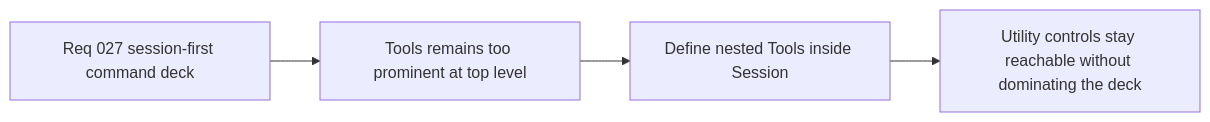
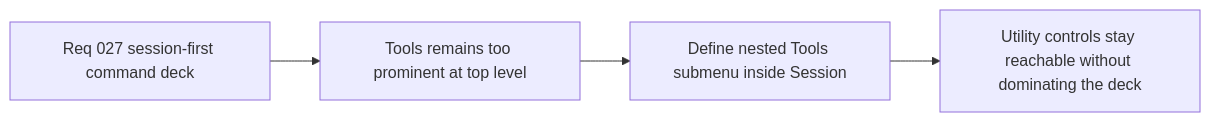
Before and after one commit to AlexAgo83/emberwake: the diagram in logics/backlog/item_108_define_nested_tools_controls_within_session_without_reintroducing_menu_clutter.md, drawn with Mermaid. The commit also changed other lines of this file and 6 other files, not shown here.

````diff
--- a/logics/backlog/item_108_define_nested_tools_controls_within_session_without_reintroducing_menu_clutter.md
+++ b/logics/backlog/item_108_define_nested_tools_controls_within_session_without_reintroducing_menu_clutter.md
@@ -19,7 +19,7 @@
 ```mermaid
 %% logics-signature: backlog|define-nested-tools-controls-within-sess|req-027-restructure-the-shell-command-de|tools-currently-sits-as-a-peer|ac1-the-slice-defines-how-tools
 flowchart LR
     Req[Req 027 session-first command deck] --> Gap[Tools remains too prominent at top level]
-    Gap --> Slice[Define nested Tools inside Session]
+    Gap --> Slice[Define nested Tools submenu inside Session]
     Slice --> Result[Utility controls stay reachable without dominating the deck]
 ```
````
